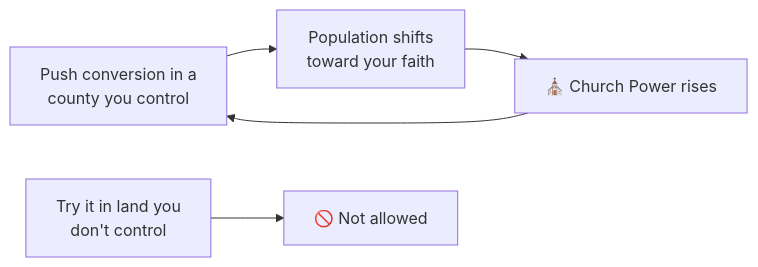
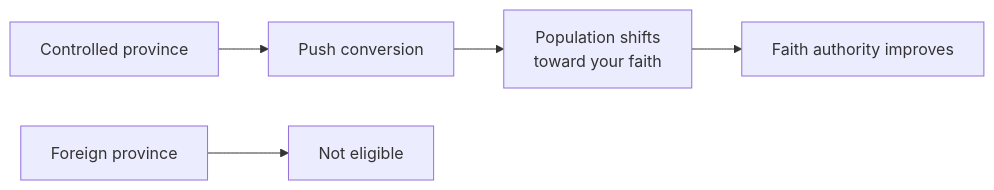
The diagram in content/faith/Faith and Religion.md (kroryan/Quartz-HispaniaBeta), drawn with Mermaid before and after one commit. The commit also changed other lines of this file and 35 other files, not shown here.

````diff
--- a/content/faith/Faith and Religion.md
+++ b/content/faith/Faith and Religion.md
@@ -27,7 +30,7 @@
 ```mermaid
 flowchart LR
-    A[Push conversion in a<br/>county you control] --> B[Population shifts<br/>toward your faith]
-    B --> C[⛪ Church Power rises]
-    C --> A
-    X[Try it in land you<br/>don't control] --> Y[🚫 Not allowed]
+    A[Controlled province] --> B[Push conversion]
+    B --> C[Population shifts<br/>toward your faith]
+    C --> D[Faith authority improves]
+    X[Foreign province] --> Y[Not eligible]
 ```
````
